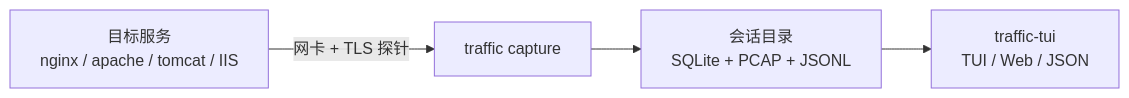
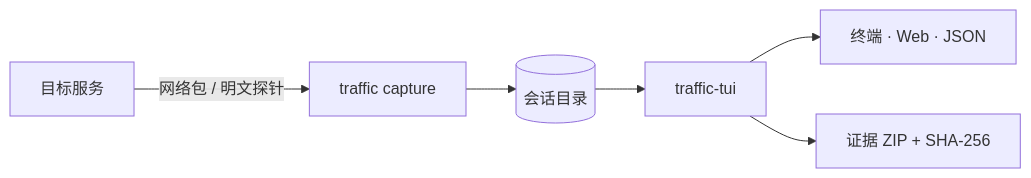
Before and after one commit to Sunmedalia/traffic: the diagram in README.md, drawn with Mermaid. The commit also changed other lines of this file and 5 other files, not shown here.

````diff
--- a/README.md
+++ b/README.md
@@ -9,6 +35,8 @@
 ```mermaid
 flowchart LR
-  A[目标服务<br/>nginx / apache / tomcat / IIS] -->|网卡 + TLS 探针| B[traffic capture]
-  B --> C[会话目录<br/>SQLite + PCAP + JSONL]
-  C --> D[traffic-tui<br/>TUI / Web / JSON]
+    A[目标服务] -->|网络包 / 明文探针| B[traffic capture]
+    B --> C[(会话目录)]
+    C --> D[traffic-tui]
+    D --> E[终端 · Web · JSON]
+    D --> F[证据 ZIP + SHA-256]
 ```
````
